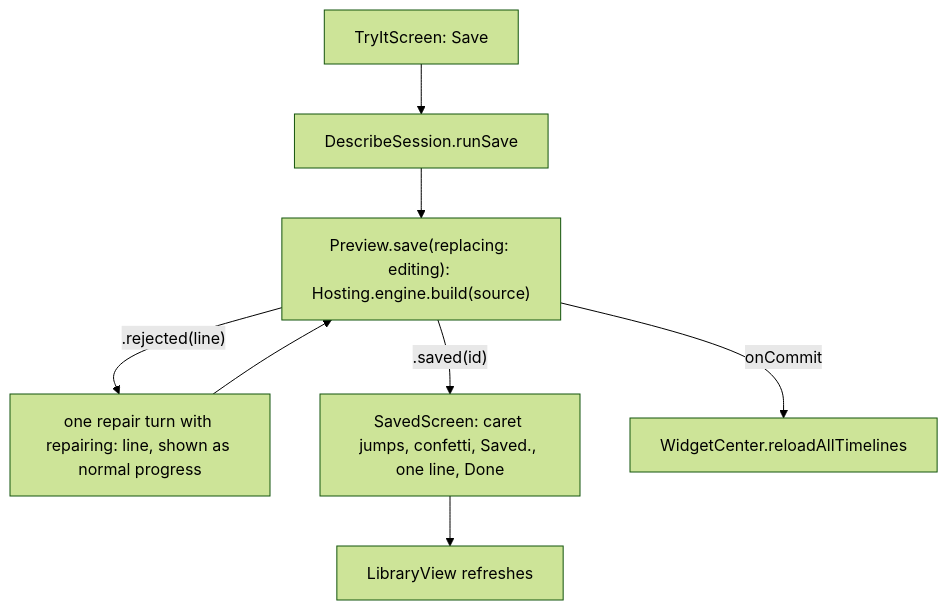
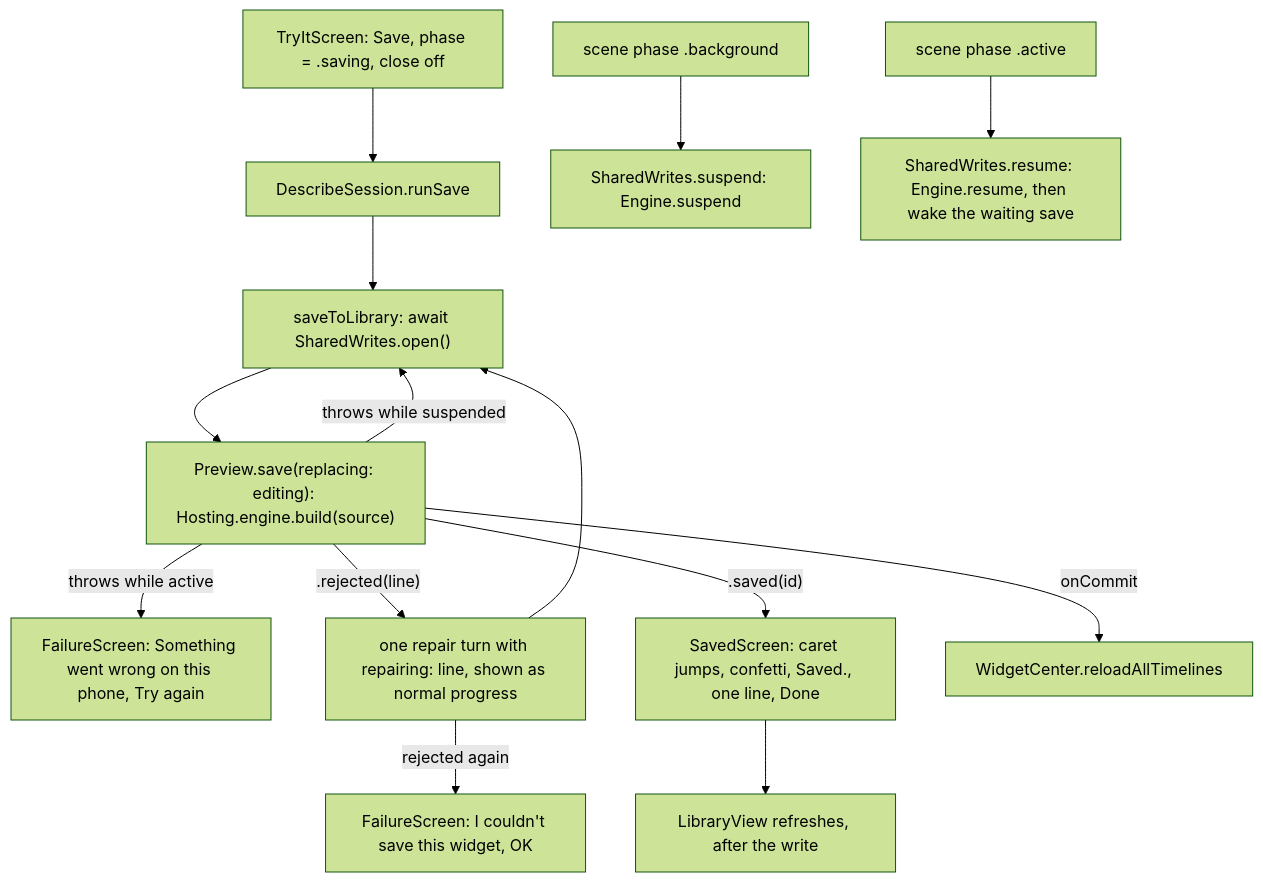
One commit to Krutik460/Widgie changed the second of 3 diagrams in docs/pr/8-phase-2-p5-describe.md. Above: the diagram before and after it, drawn with Mermaid (forest theme). The commit also changed other lines of this file and 1 other file, not shown here.

````diff
--- a/docs/pr/8-phase-2-p5-describe.md
+++ b/docs/pr/8-phase-2-p5-describe.md
@@ -40,9 +50,15 @@
 ```mermaid
 flowchart TD
-  TI["TryItScreen: Save"] --> RS["DescribeSession.runSave"]
-  RS --> PS["Preview.save(replacing: editing): Hosting.engine.build(source)"]
-  PS -->|".rejected(line)"| RP["one repair turn with repairing: line, shown as normal progress"] --> PS
+  TI["TryItScreen: Save, phase = .saving, close off"] --> RS["DescribeSession.runSave"]
+  RS --> SL["saveToLibrary: await SharedWrites.open()"]
+  SL --> PS["Preview.save(replacing: editing): Hosting.engine.build(source)"]
+  PS -->|"throws while suspended"| SL
+  PS -->|"throws while active"| BR["FailureScreen: Something went wrong on this phone, Try again"]
+  PS -->|".rejected(line)"| RP["one repair turn with repairing: line, shown as normal progress"] --> SL
+  RP -->|"rejected again"| UN["FailureScreen: I couldn't save this widget, OK"]
   PS -->|".saved(id)"| SV["SavedScreen: caret jumps, confetti, Saved., one line, Done"]
-  SV --> LB["LibraryView refreshes"]
+  SV --> LB["LibraryView refreshes, after the write"]
   PS -->|"onCommit"| WK["WidgetCenter.reloadAllTimelines"]
+  BG["scene phase .background"] --> SU["SharedWrites.suspend: Engine.suspend"]
+  FG["scene phase .active"] --> RE["SharedWrites.resume: Engine.resume, then wake the waiting save"]
 ```
````
